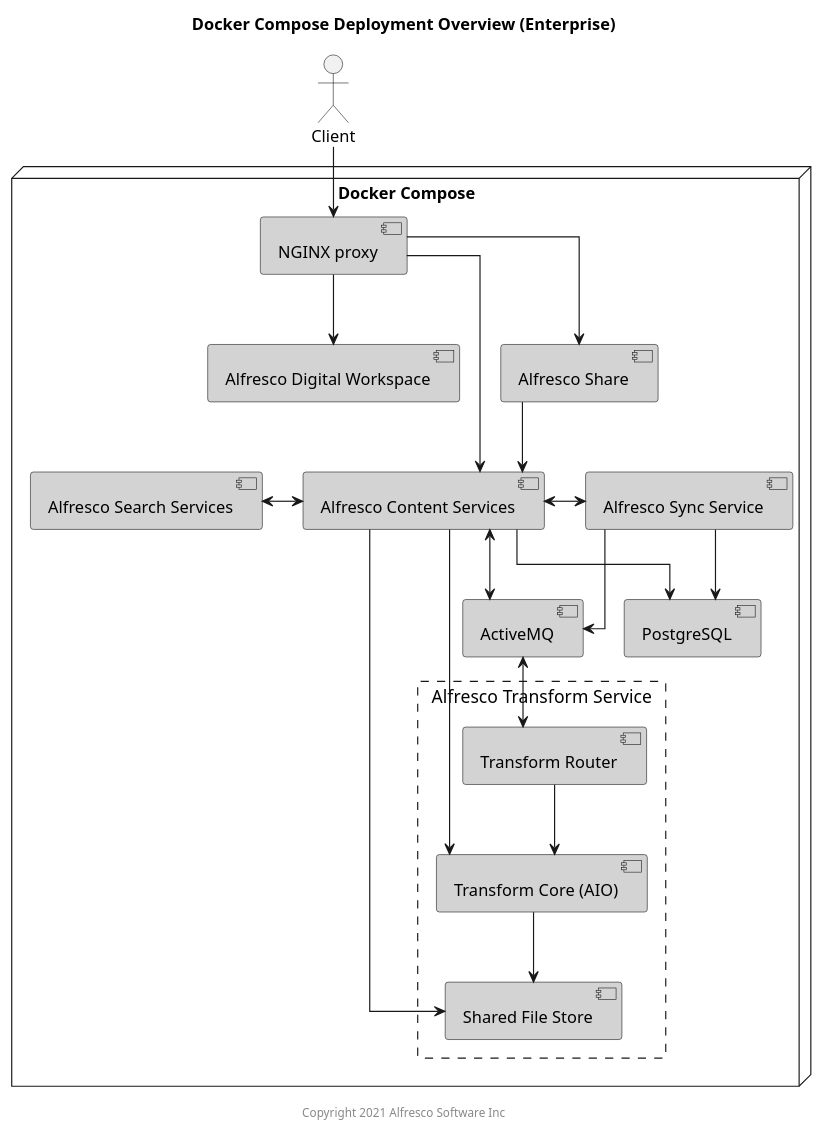
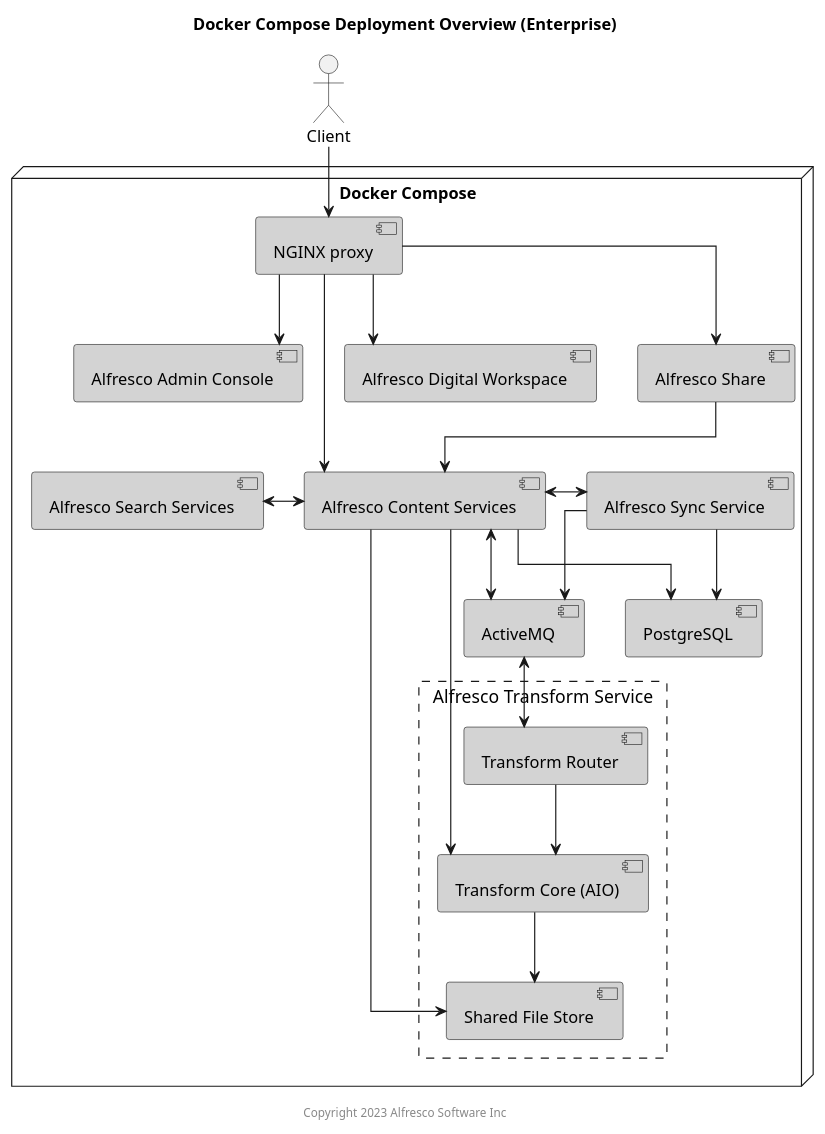
Before and after one commit to Alfresco/acs-deployment: the diagram in docs/docker-compose/diagrams/docker-compose-enterprise.puml, drawn with PlantUML. The commit also changed 4 other files, not shown here.

Commit message:
OPSEXP-1932 Update architecture image with Admin Console (#878)

```diff
--- a/docs/docker-compose/diagrams/docker-compose-enterprise.puml
+++ b/docs/docker-compose/diagrams/docker-compose-enterprise.puml
@@ -1,52 +1,55 @@
 @startuml
 
 Title: Docker Compose Deployment Overview (Enterprise)
 
 skinparam componentStyle uml2
 skinparam linetype ortho
 skinparam rectangle {
     BorderStyle dashed
     FontSize 15
     FontStyle none
 }
 
 actor Client
 
 node "Docker Compose" {
     component "NGINX proxy" as proxy #lightgrey
+    component "Alfresco Admin Console" as aac #lightgrey
     component "Alfresco Digital Workspace" as adw #lightgrey
     component "Alfresco Content Services" as acs #lightgrey
     component "Alfresco Search Services" as ass #lightgrey
     component "Alfresco Sync Service" as sync #lightgrey
     component "PostgreSQL" as psql #lightgrey
     component "Alfresco Share" as share #lightgrey
     component "ActiveMQ" as amq #lightgrey
     rectangle "Alfresco Transform Service" {
         component "Transform Router" as tr #lightgrey
         component "Shared File Store" as sfs #lightgrey
         component "Transform Core (AIO)" as tcore #lightgrey
     }
 }
 
 Client --> proxy
 
-proxy --> acs
+proxy --> aac
 proxy --> share
 proxy --> adw
+proxy --> acs
 
+share --> acs
 acs <-left-> ass
+sync <-left-> acs
+sync --> psql
+sync --> amq
 acs --> psql
 acs --> tcore
 acs --> sfs
 acs <--> amq
 tr --> tcore
 tr <-up-> amq
 tcore --> sfs
-share --> acs
-sync <-left-> acs
-sync --> psql
-sync --> amq
 
-center footer Copyright 2021 Alfresco Software Inc
+
+center footer Copyright 2023 Alfresco Software Inc
 
 @enduml
```
